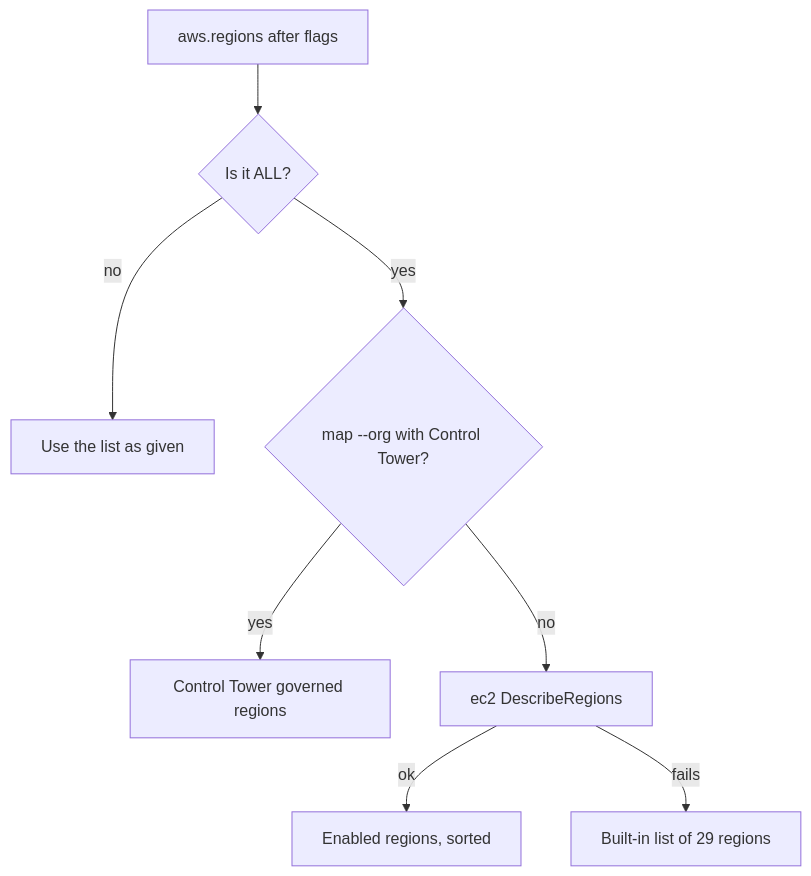
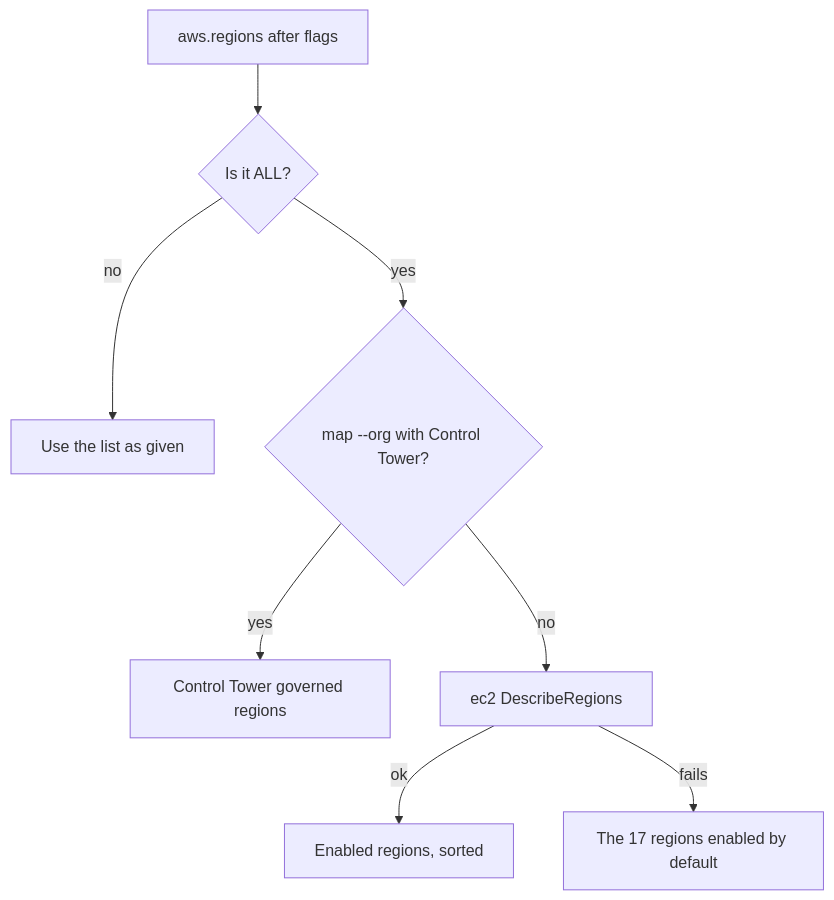
One commit to morpheuslord/cloudg changed the diagram in site/content/cli/provider-flags.md. Above: the diagram before and after it, drawn with Mermaid. The commit also changed other lines of this file and 51 other files, not shown here.

````diff
--- a/site/content/cli/provider-flags.md
+++ b/site/content/cli/provider-flags.md
@@ -46,10 +46,10 @@
 ```mermaid caption="Resolving the AWS region list"
 flowchart TD
   A["aws.regions after flags"] --> B{"Is it ALL?"}
   B -->|no| C["Use the list as given"]
   B -->|yes| D{"map --org with Control Tower?"}
   D -->|yes| E["Control Tower governed regions"]
   D -->|no| F["ec2 DescribeRegions"]
   F -->|ok| G["Enabled regions, sorted"]
-  F -->|"fails"| H["Built-in list of 29 regions"]
+  F -->|"fails"| H["The 17 regions enabled by default"]
 ```
````
